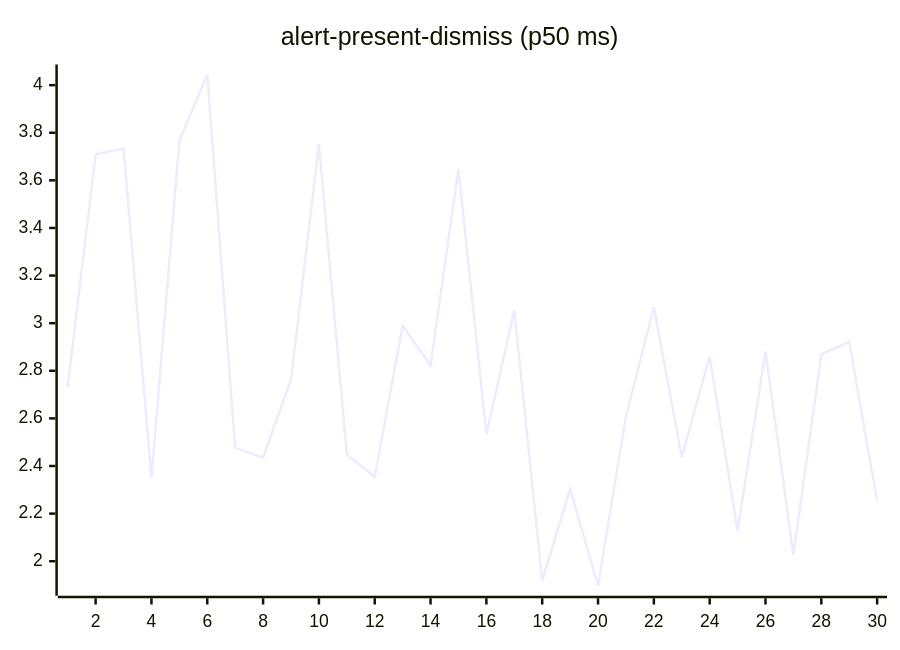
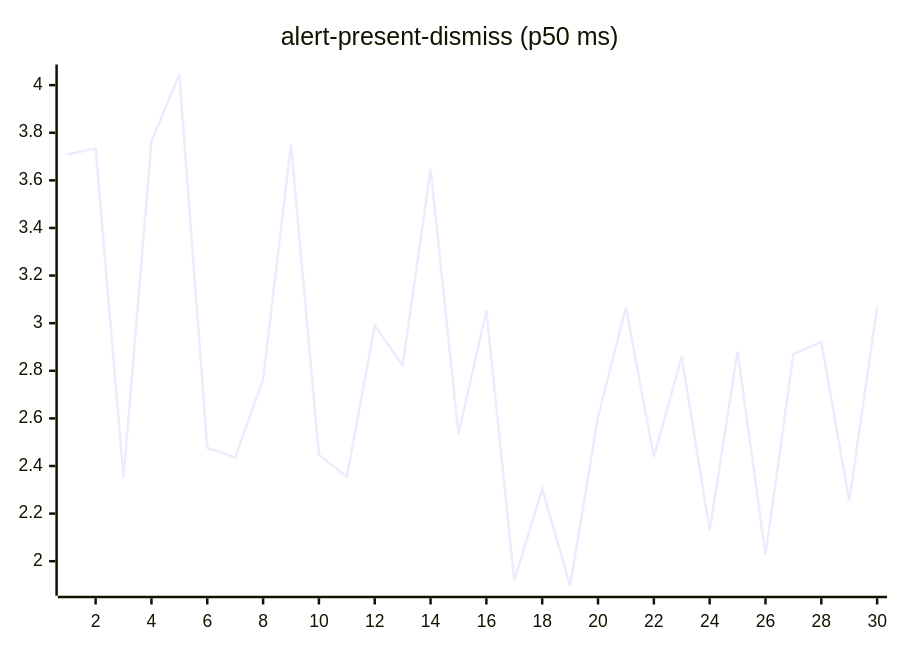
Before and after one commit to josha/Facet: the second of 27 diagrams in README.md, drawn with Mermaid. The commit also changed other lines of this file and 2 other files, not shown here.

````diff
--- a/README.md
+++ b/README.md
@@ -70,6 +70,6 @@
 ```mermaid
 xychart-beta
     title "alert-present-dismiss (p50 ms)"
     x-axis 1 --> 30
-    line [2.7312, 3.7096, 3.7340, 2.3506, 3.7650, 4.0447, 2.4759, 2.4363, 2.7635, 3.7527, 2.4474, 2.3546, 2.9892, 2.8222, 3.6482, 2.5337, 3.0542, 1.9177, 2.3034, 1.8969, 2.6071, 3.0667, 2.4384, 2.8591, 2.1282, 2.8816, 2.0266, 2.8685, 2.9214, 2.2534]
+    line [3.7096, 3.7340, 2.3506, 3.7650, 4.0447, 2.4759, 2.4363, 2.7635, 3.7527, 2.4474, 2.3546, 2.9892, 2.8222, 3.6482, 2.5337, 3.0542, 1.9177, 2.3034, 1.8969, 2.6071, 3.0667, 2.4384, 2.8591, 2.1282, 2.8816, 2.0266, 2.8685, 2.9214, 2.2534, 3.0695]
 ```
````
